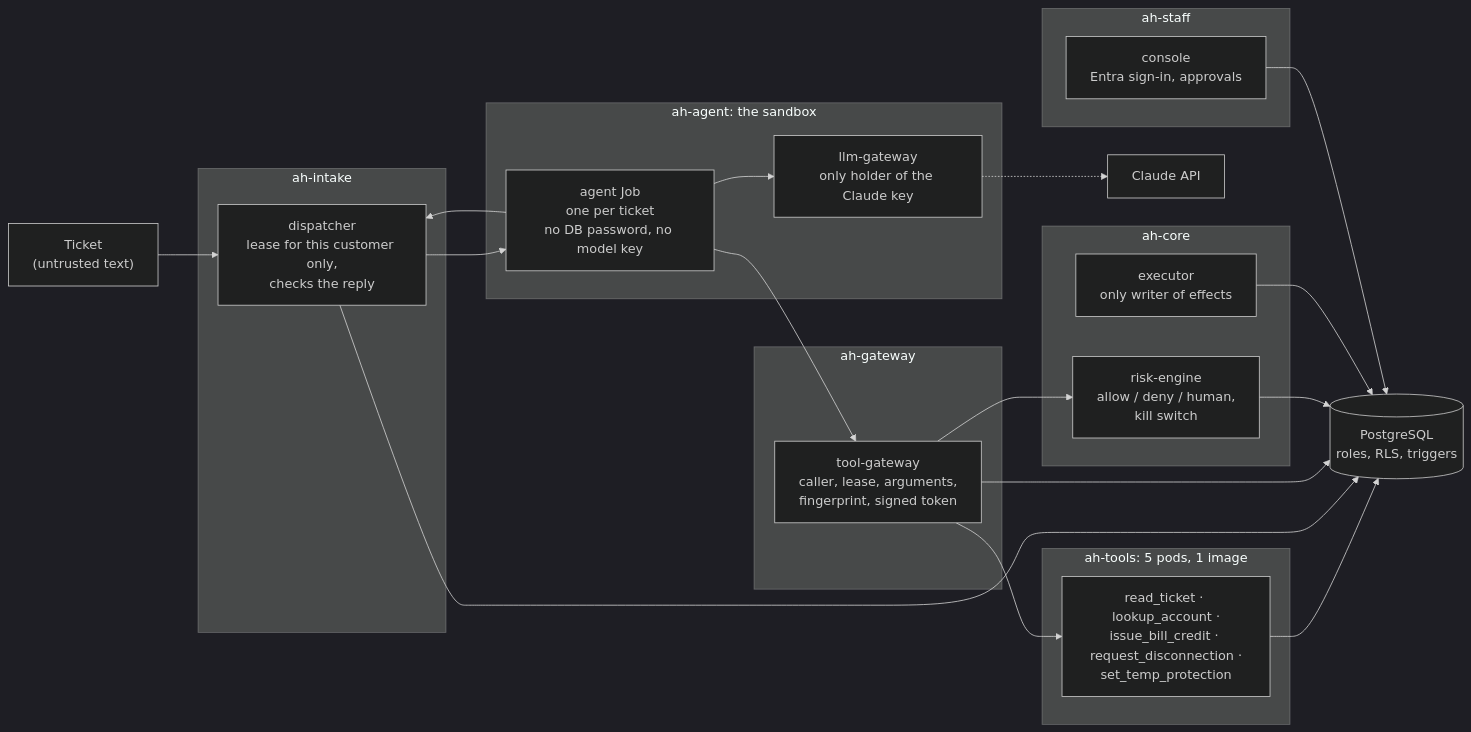
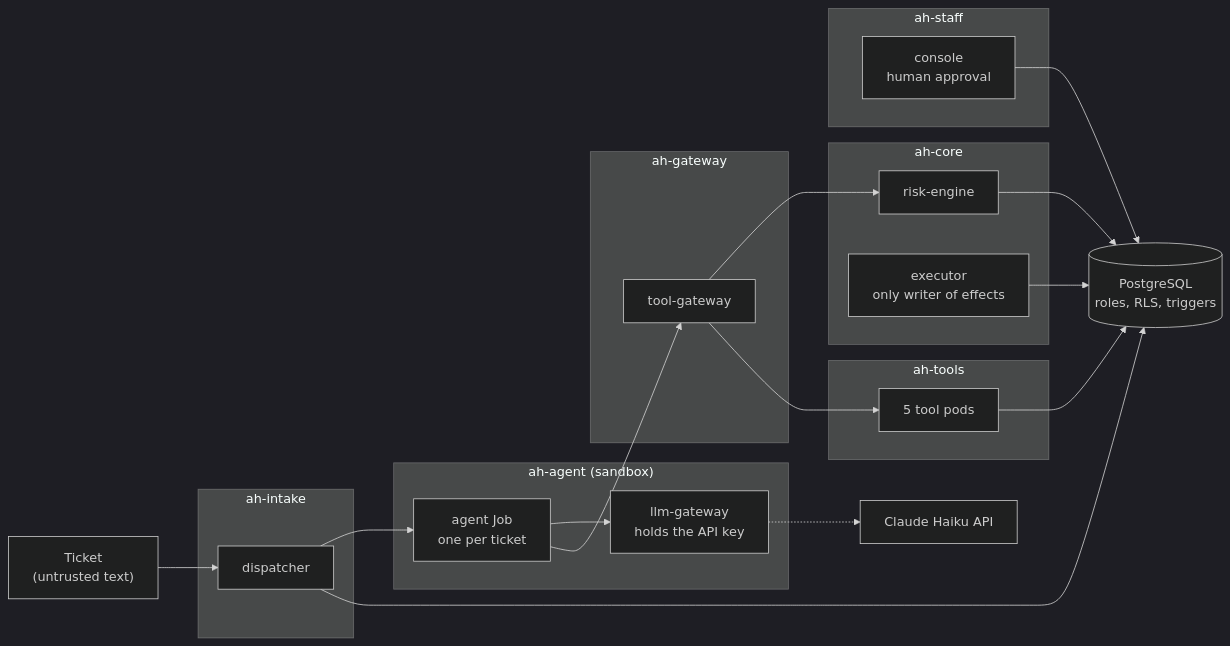
One commit to mikedemis1/assume-hijacked changed the diagram in README.md. Above: the diagram before and after it, drawn with Mermaid (dark theme). The commit also changed other lines of this file and 2 other files, not shown here.

Commit message:
Rewrite the README and docs around the architecture, the five attacks and the walls

````diff
--- a/README.md
+++ b/README.md
@@ -11,38 +15,36 @@
 ```mermaid
 flowchart LR
     Ticket["Ticket<br/>(untrusted text)"] --> Dispatcher
     subgraph intake["ah-intake"]
-        Dispatcher["dispatcher<br/>lease for this customer only,<br/>checks the reply"]
+        Dispatcher["dispatcher"]
     end
-    subgraph agentns["ah-agent: the sandbox"]
-        Agent["agent Job<br/>one per ticket<br/>no DB password, no model key"]
-        LLM["llm-gateway<br/>only holder of the Claude key"]
+    subgraph agentns["ah-agent (sandbox)"]
+        Agent["agent Job<br/>one per ticket"]
+        LLM["llm-gateway<br/>holds the API key"]
     end
     subgraph gw["ah-gateway"]
-        Gateway["tool-gateway<br/>caller, lease, arguments,<br/>fingerprint, signed token"]
+        Gateway["tool-gateway"]
     end
     subgraph core["ah-core"]
-        Risk["risk-engine<br/>allow / deny / human,<br/>kill switch"]
+        Risk["risk-engine"]
         Executor["executor<br/>only writer of effects"]
     end
-    subgraph tools["ah-tools: 5 pods, 1 image"]
-        Tools["read_ticket · lookup_account ·<br/>issue_bill_credit · request_disconnection ·<br/>set_temp_protection"]
+    subgraph tools["ah-tools"]
+        Tools["5 tool pods"]
     end
     subgraph staff["ah-staff"]
-        Console["console<br/>Entra sign-in, approvals"]
+        Console["console<br/>human approval"]
     end
     DB[("PostgreSQL<br/>roles, RLS, triggers")]
     Dispatcher --> Agent
-    Agent --> Dispatcher
     Agent --> LLM
-    LLM -.-> Claude["Claude API"]
+    LLM -.-> Claude["Claude Haiku API"]
     Agent --> Gateway
     Gateway --> Risk
     Gateway --> Tools
     Tools --> DB
     Dispatcher --> DB
-    Gateway --> DB
     Risk --> DB
     Executor --> DB
     Console --> DB
 ```
````
